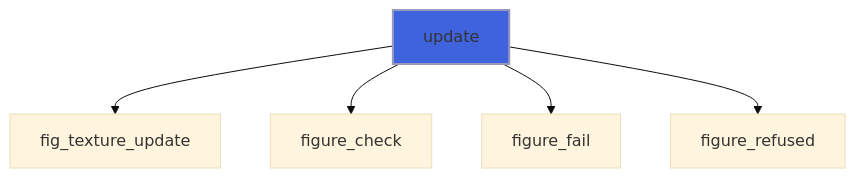
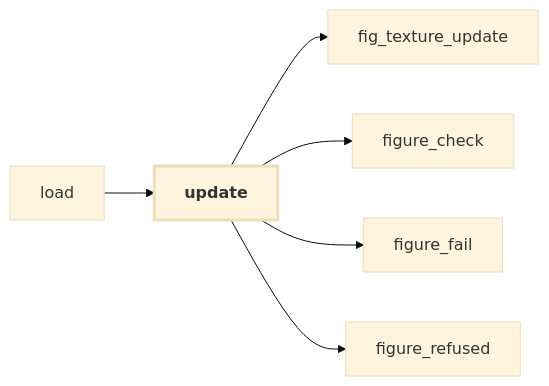
The third of 11 diagrams in docs/api/src/lib/figure_texture.md (szaghi/figure), drawn with Mermaid (base theme) before and after one commit. The commit also changed other lines of this file and 54 other files, not shown here.

````diff
--- a/docs/api/src/lib/figure_texture.md
+++ b/docs/api/src/lib/figure_texture.md
@@ -131,8 +151,15 @@
 ```mermaid
-flowchart TD
+flowchart LR
+  load["load"] --> update["update"]
   update["update"] --> fig_texture_update["fig_texture_update"]
   update["update"] --> figure_check["figure_check"]
   update["update"] --> figure_fail["figure_fail"]
   update["update"] --> figure_refused["figure_refused"]
-  style update fill:#3e63dd,stroke:#99b,stroke-width:2px
+  classDef focus stroke-width:3px,font-weight:bold
+  class update focus
+  click load href "#load" "load"
+  click figure_refused href "figure_base.html#figure-refused" "figure_refused"
+  click figure_fail href "figure_base.html#figure-fail" "figure_fail"
+  click figure_check href "figure_base.html#figure-check" "figure_check"
+  click fig_texture_update href "figure_c_native.html#fig-texture-update" "fig_texture_update"
 ```
````
